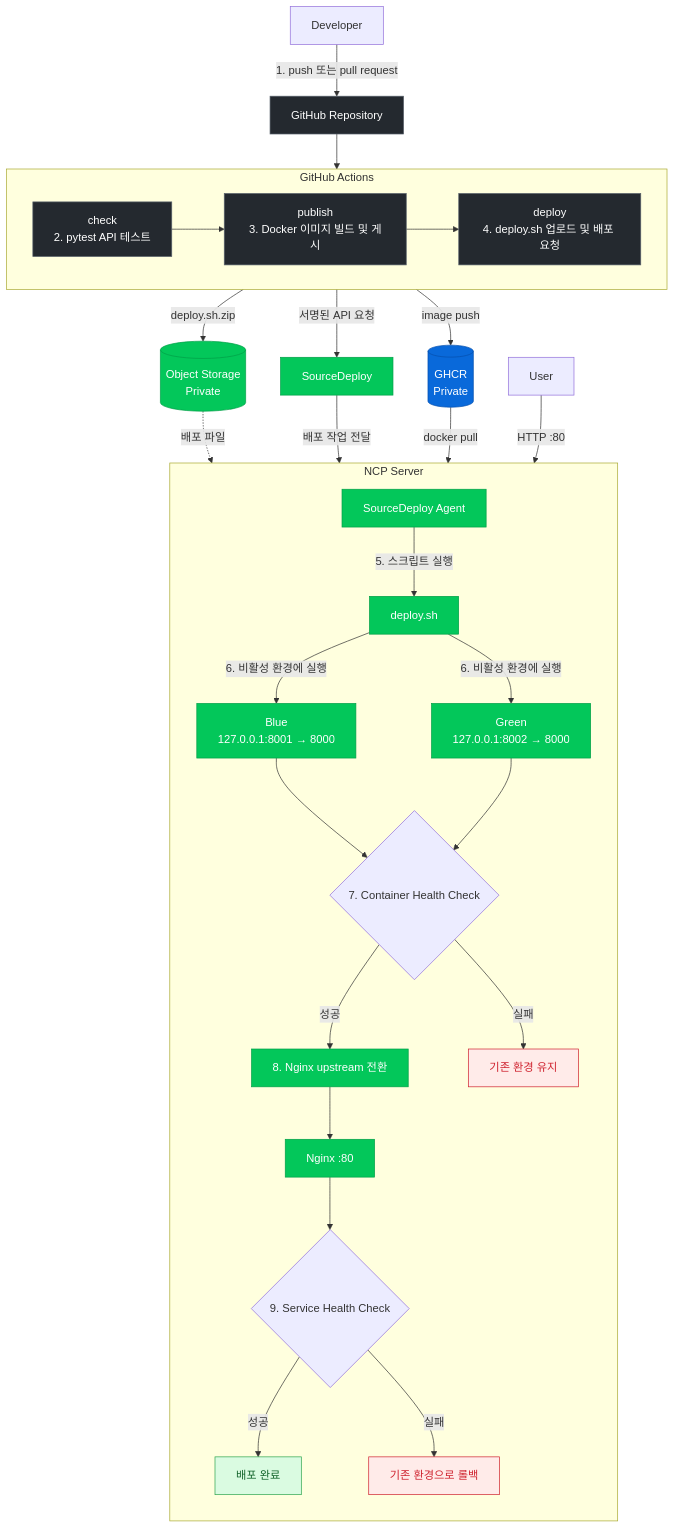
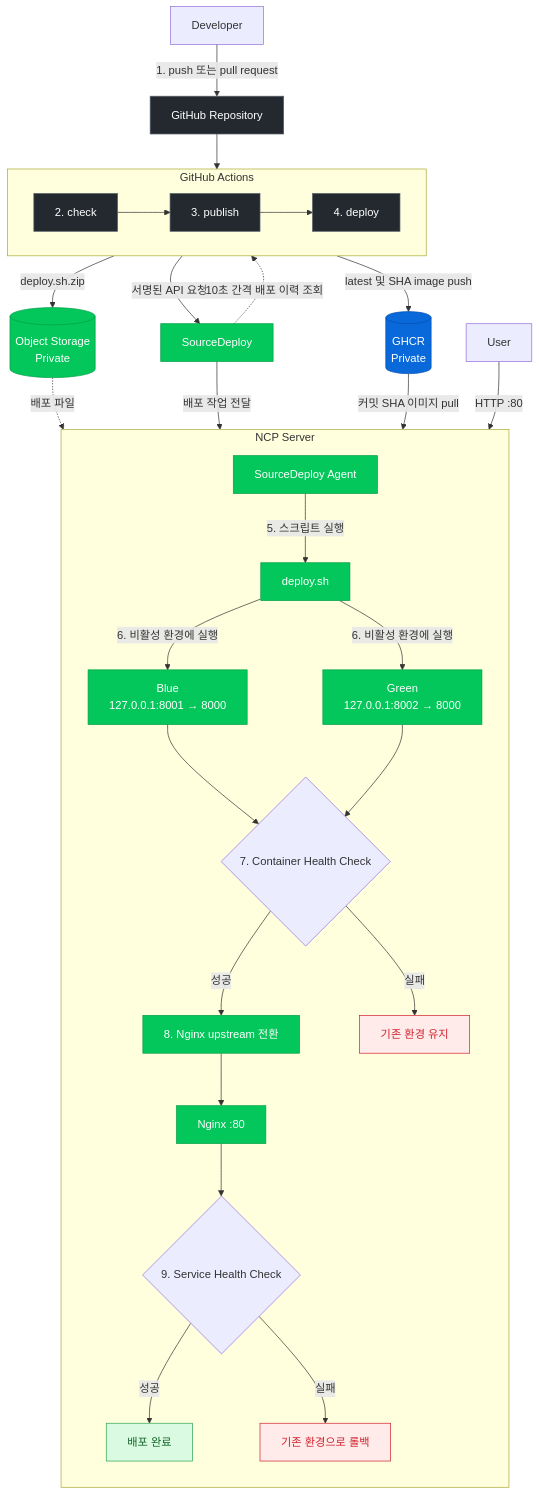
Before and after one commit to yoondv/ncp-lab: the first of 2 diagrams in README.md, drawn with Mermaid. The commit also changed other lines of this file and 7 other files, not shown here.

Commit message:
feat: SHA 이미지 배포와 SourceDeploy 결과 확인 추가

````diff
--- a/README.md
+++ b/README.md
@@ -60,49 +60,50 @@
 ```mermaid
 flowchart TB
     DEV[Developer] -->|1. push 또는 pull request| REPO[GitHub Repository]
 
     subgraph GHA[GitHub Actions]
         direction LR
-        CHECK["check<br/>2. pytest API 테스트"]
-        PUBLISH["publish<br/>3. Docker 이미지 빌드 및 게시"]
-        DEPLOY["deploy<br/>4. deploy.sh 업로드 및 배포 요청"]
+        CHECK["2. check"]
+        PUBLISH["3. publish"]
+        DEPLOY["4. deploy"]
         CHECK --> PUBLISH --> DEPLOY
     end
 
     REPO --> CHECK
-    PUBLISH -->|image push| GHCR[(GHCR<br/>Private)]
+    PUBLISH -->|latest 및 SHA image push| GHCR[(GHCR<br/>Private)]
     DEPLOY -->|deploy.sh.zip| STORAGE[(Object Storage<br/>Private)]
     DEPLOY -->|서명된 API 요청| SD[SourceDeploy]
+    SD -.->|10초 간격 배포 이력 조회| DEPLOY
 
     subgraph NCP[NCP Server]
         direction TB
         AGENT[SourceDeploy Agent] -->|5. 스크립트 실행| SCRIPT[deploy.sh]
         SCRIPT -->|6. 비활성 환경에 실행| BLUE["Blue<br/>127.0.0.1:8001 → 8000"]
         SCRIPT -->|6. 비활성 환경에 실행| GREEN["Green<br/>127.0.0.1:8002 → 8000"]
         BLUE --> HEALTH{7. Container Health Check}
         GREEN --> HEALTH
         HEALTH -->|성공| SWITCH[8. Nginx upstream 전환]
         HEALTH -->|실패| KEEP[기존 환경 유지]
         SWITCH --> NGINX[Nginx :80]
         NGINX --> FINAL{9. Service Health Check}
         FINAL -->|성공| COMPLETE["배포 완료"]
         FINAL -->|실패| ROLLBACK[기존 환경으로 롤백]
     end
 
     STORAGE -. 배포 파일 .-> AGENT
     SD -->|배포 작업 전달| AGENT
-    GHCR -->|docker pull| SCRIPT
+    GHCR -->|커밋 SHA 이미지 pull| SCRIPT
     USER[User] -->|HTTP :80| NGINX
 
     classDef github fill:#24292f,color:#ffffff,stroke:#57606a;
     classDef registry fill:#0969da,color:#ffffff,stroke:#0550ae;
     classDef ncp fill:#03c75a,color:#ffffff,stroke:#009f47;
     classDef success fill:#dafbe1,color:#116329,stroke:#2da44e;
     classDef failure fill:#ffebe9,color:#cf222e,stroke:#cf222e;
 
     class REPO,CHECK,PUBLISH,DEPLOY github;
     class GHCR registry;
     class SD,STORAGE,AGENT,SCRIPT,BLUE,GREEN,SWITCH,NGINX ncp;
     class COMPLETE success;
     class KEEP,ROLLBACK failure;
 ```
````
